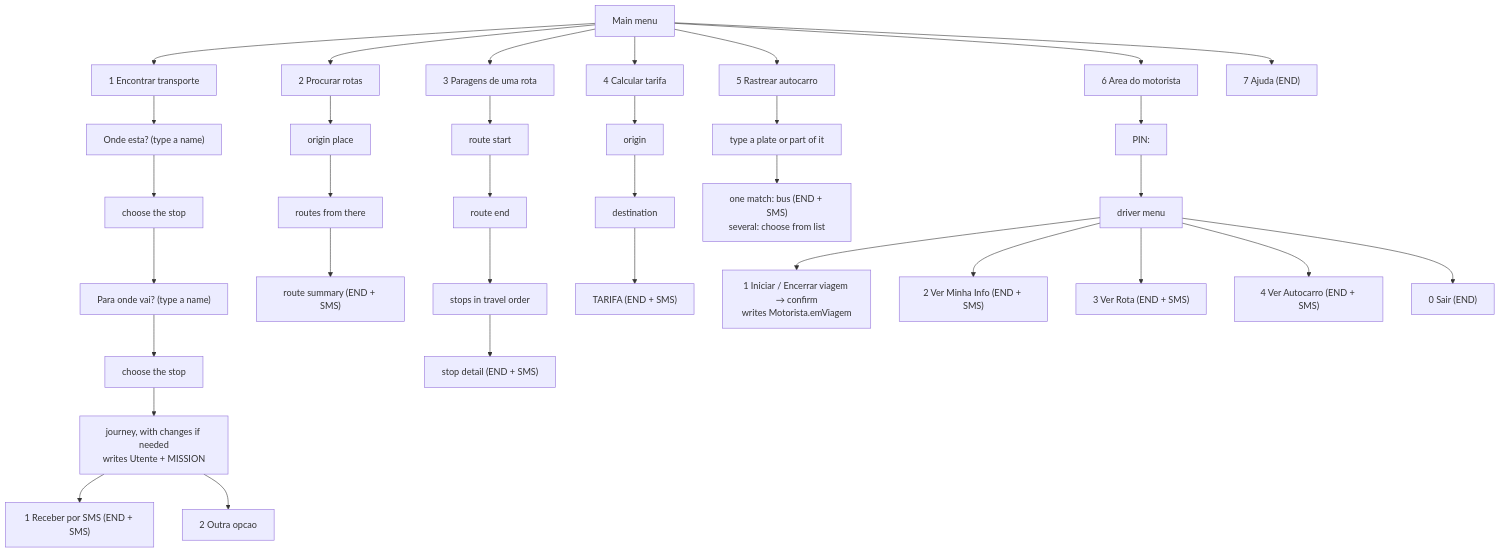
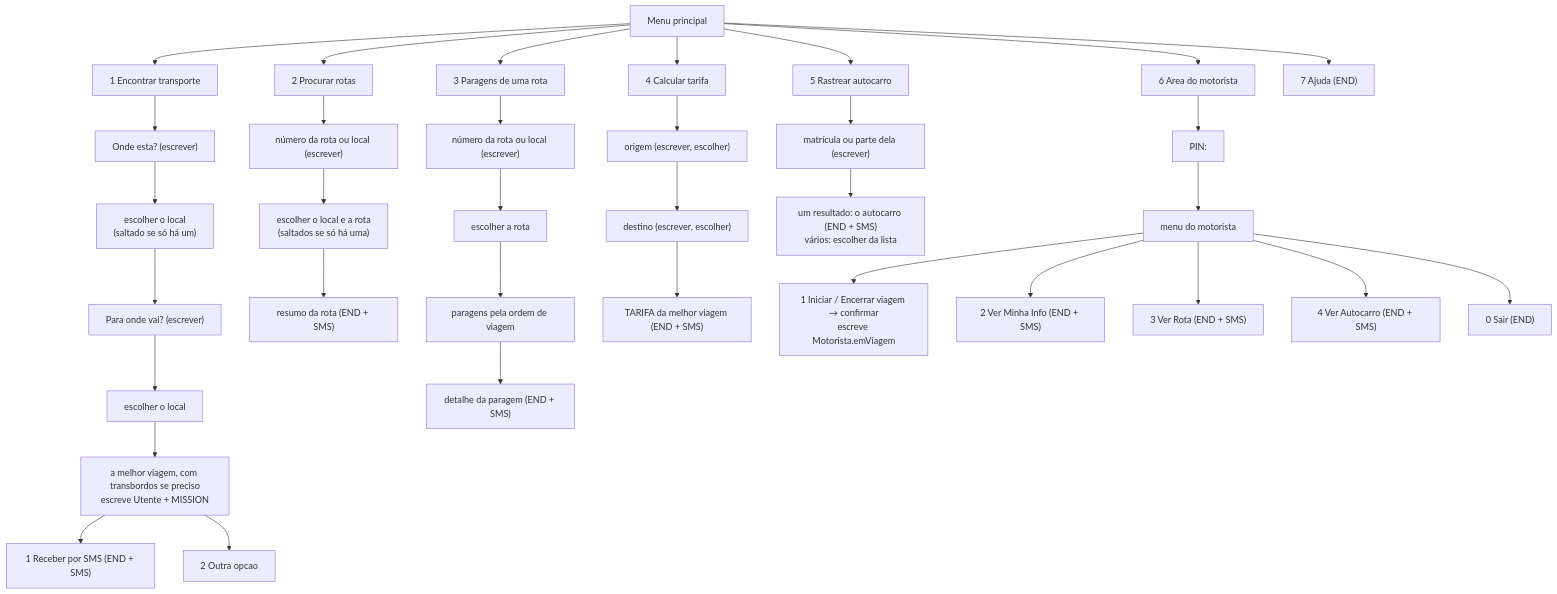
The fourth of 4 diagrams in docs/ussd.md (transportmozambique/Transport-Mozambique), drawn with Mermaid before and after one commit. The commit also changed other lines of this file and 143 other files, not shown here.

````diff
--- a/docs/ussd.md
+++ b/docs/ussd.md
@@ -103,23 +232,23 @@
 ```mermaid
 flowchart TD
-  M["Main menu"] --> O1["1 Encontrar transporte"]
+  M["Menu principal"] --> O1["1 Encontrar transporte"]
   M --> O2["2 Procurar rotas"]
   M --> O3["3 Paragens de uma rota"]
   M --> O4["4 Calcular tarifa"]
   M --> O5["5 Rastrear autocarro"]
   M --> O6["6 Area do motorista"]
   M --> O7["7 Ajuda (END)"]
-  O1 --> O1a["Onde esta? (type a name)"] --> O1b["choose the stop"] --> O1c["Para onde vai? (type a name)"] --> O1d["choose the stop"] --> O1e["journey, with changes if needed<br/>writes Utente + MISSION"]
+  O1 --> O1a["Onde esta? (escrever)"] --> O1b["escolher o local<br/>(saltado se só há um)"] --> O1c["Para onde vai? (escrever)"] --> O1d["escolher o local"] --> O1e["a melhor viagem, com transbordos se preciso<br/>escreve Utente + MISSION"]
   O1e --> O1f["1 Receber por SMS (END + SMS)"]
   O1e --> O1g["2 Outra opcao"]
-  O2 --> O2a["origin place"] --> O2b["routes from there"] --> O2c["route summary (END + SMS)"]
-  O3 --> O3a["route start"] --> O3b["route end"] --> O3c["stops in travel order"] --> O3d["stop detail (END + SMS)"]
-  O4 --> O4a["origin"] --> O4b["destination"] --> O4c["TARIFA (END + SMS)"]
-  O5 --> O5a["type a plate or part of it"] --> O5b["one match: bus (END + SMS)<br/>several: choose from list"]
-  O6 --> O6a["PIN:"] --> O6b["driver menu"]
-  O6b --> D1["1 Iniciar / Encerrar viagem → confirm<br/>writes Motorista.emViagem"]
+  O2 --> O2a["número da rota ou local (escrever)"] --> O2b["escolher o local e a rota<br/>(saltados se só há uma)"] --> O2c["resumo da rota (END + SMS)"]
+  O3 --> O3a["número da rota ou local (escrever)"] --> O3b["escolher a rota"] --> O3c["paragens pela ordem de viagem"] --> O3d["detalhe da paragem (END + SMS)"]
+  O4 --> O4a["origem (escrever, escolher)"] --> O4b["destino (escrever, escolher)"] --> O4c["TARIFA da melhor viagem (END + SMS)"]
+  O5 --> O5a["matrícula ou parte dela (escrever)"] --> O5b["um resultado: o autocarro (END + SMS)<br/>vários: escolher da lista"]
+  O6 --> O6a["PIN:"] --> O6b["menu do motorista"]
+  O6b --> D1["1 Iniciar / Encerrar viagem → confirmar<br/>escreve Motorista.emViagem"]
   O6b --> D2["2 Ver Minha Info (END + SMS)"]
   O6b --> D3["3 Ver Rota (END + SMS)"]
   O6b --> D4["4 Ver Autocarro (END + SMS)"]
   O6b --> D0["0 Sair (END)"]
 ```
````
